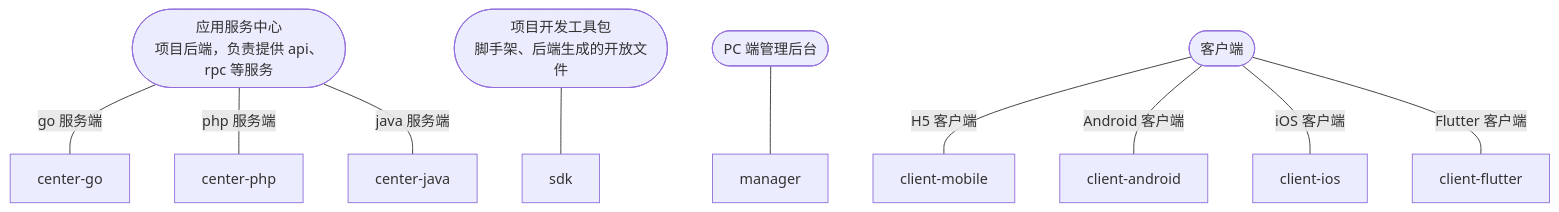
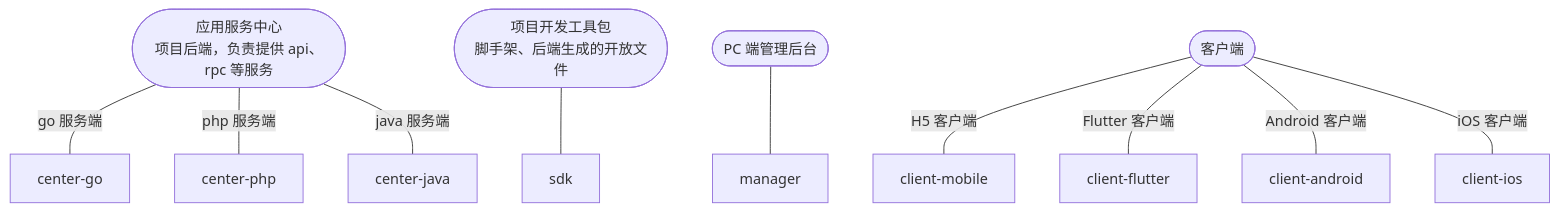
One commit to basic-project-structure/.github changed the diagram in profile/README.md. Above: the diagram before and after it, drawn with Mermaid. The commit also changed other lines of this file, not shown here.

````diff
--- a/profile/README.md
+++ b/profile/README.md
@@ -9,19 +9,19 @@
 ```mermaid
 graph TD
     center(["应用服务中心\n项目后端，负责提供 api、rpc 等服务"])
         center --go 服务端--- center-go
         center --php 服务端--- center-php
         center --java 服务端--- center-java
 
     sdk.
         sdk.(["项目开发工具包\n脚手架、后端生成的开放文件"]) --- sdk
 
     manager.
         manager.([PC 端管理后台]) --- manager
 
     client(["客户端"])
         client --H5 客户端--- client-mobile
+        client --Flutter 客户端--- client-flutter
         client --Android 客户端--- client-android
         client --iOS 客户端--- client-ios
-        client --Flutter 客户端--- client-flutter
 ```
````
